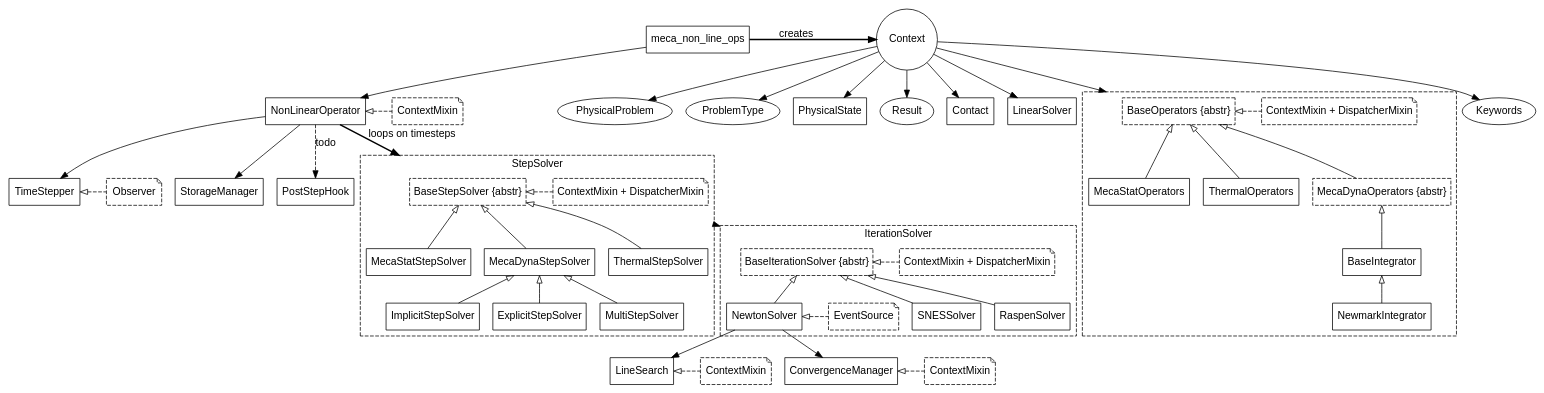
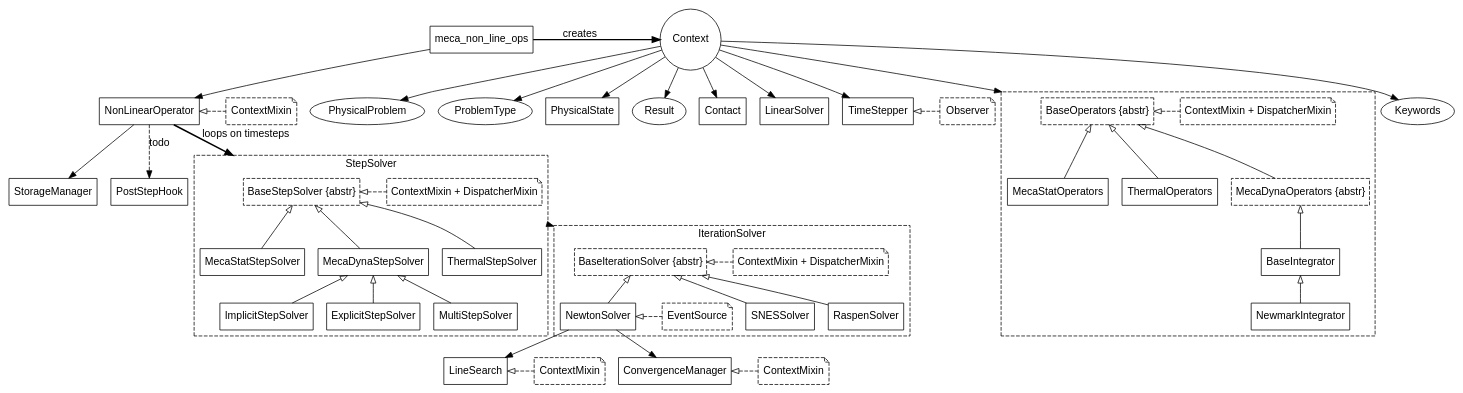
Before and after one commit to Krande/code-aster-copy: the diagram in doc/img/mnl.dot, drawn with Graphviz. The commit also changed 4 other files, not shown here.

Commit message:
[#34400] move time stepper in Context

```diff
--- a/doc/img/mnl.dot
+++ b/doc/img/mnl.dot
@@ -1,160 +1,160 @@
 digraph MNL {
     compound = "true";
     // global+several pointers: circle
     // mixin: note, dashed
     // abstract: ' {abstr}', dashed
     labelloc = "t";
     // rankdir = "LR";
     fontname = "Helvetica,Arial,sans-serif";
     node [fontname = "Helvetica,Arial,sans-serif"; shape = "box";];
     edge [fontname = "Helvetica,Arial,sans-serif";];
     
     subgraph bases {
         keywords [label = "Keywords";shape = "ellipse";];
         problem [label = "PhysicalProblem";shape = "ellipse";];
         type [label = "ProblemType";shape = "ellipse";];
         state [label = "PhysicalState";];
         result [label = "Result";shape = "ellipse";];
         contact [label = "Contact";];
         linsolv [label = "LinearSolver";];
         context [label = "Context";shape = "circle";];
+        timestepper [label = "TimeStepper";];
         
         context -> problem;
         context -> type;
         context -> keywords;
         context -> state;
         context -> result;
+        context -> timestepper;
         context -> operators [lhead = cluster_operators;];
         context -> contact;
         context -> linsolv;
     }
     
     mnl [label = "meca_non_line_ops";];
     subgraph {
         rank = "same";
         nl_operator [label = "NonLinearOperator";];
         mixin_pb [label = "ContextMixin";style = "dashed";shape = "note";];
         nl_operator -> mixin_pb [dir = "back"; style = "dashed"; arrowtail = "empty";];
     }
-    timestepper [label = "TimeStepper";];
     storage [label = "StorageManager";];
     hook [label = "PostStepHook";];
     
     observ [label = "Observer";style = "dashed";shape = "note";];
     
     subgraph cluster_operators {
         subgraph {
             rank = "same";
             operators [label = "BaseOperators {abstr}";style = "dashed";];
             mixin_oper [label = "ContextMixin + DispatcherMixin";style = "dashed";shape = "note";];
             operators -> mixin_oper [dir = "back"; style = "dashed"; arrowtail = "empty";];
         }
         style = "dashed";
         subgraph {
             rank = "same";
             statopers [label = "MecaStatOperators";];
             theropers [label = "ThermalOperators";];
             dynopers [label = "MecaDynaOperators {abstr}";style = "dashed";];
         }
         integr [label = BaseIntegrator;];
         newmark [label = NewmarkIntegrator;];
         
         // subclasses
         operators -> statopers [dir = "back"; arrowtail = "empty";];
         operators -> dynopers [dir = "back"; arrowtail = "empty";];
         operators -> theropers [dir = "back"; arrowtail = "empty";];
         
         dynopers -> integr [dir = "back"; arrowtail = "empty";];
         integr -> newmark [dir = "back"; arrowtail = "empty";];
     }
     
     subgraph cluster_stepsolv {
         label = "StepSolver";
         style = "dashed";
         subgraph {
             rank = "same";
             mecastat [label = "MecaStatStepSolver";];
             mecadyn [label = "MecaDynaStepSolver";];
             ther [label = "ThermalStepSolver";];
         }
         subgraph {
             rank = "same";
             stepsolv [label = "BaseStepSolver {abstr}";style = "dashed";];
             mixin_step [label = "ContextMixin + DispatcherMixin";style = "dashed";shape = "note";];
             stepsolv -> mixin_step [dir = "back"; style = "dashed"; arrowtail = "empty";];
         }
         // subclasses
         stepsolv -> mecastat [dir = "back"; arrowtail = "empty";];
         stepsolv -> mecadyn [dir = "back"; arrowtail = "empty";];
         stepsolv -> ther [dir = "back"; arrowtail = "empty";];
         
         implicit [label = "ImplicitStepSolver";];
         explicit [label = "ExplicitStepSolver";];
         multi [label = "MultiStepSolver";];
         
         // subclasses
         mecadyn -> implicit [dir = "back"; arrowtail = "empty";];
         mecadyn -> explicit [dir = "back"; arrowtail = "empty";];
         mecadyn -> multi [dir = "back"; arrowtail = "empty";];
     }
     
     subgraph cluster_iter_solv {
         label = IterationSolver;
         style = "dashed";
         subgraph {
             rank = "same";
             iter_solver [label = "BaseIterationSolver {abstr}";style = "dashed";];
             mixin_iter [label = "ContextMixin + DispatcherMixin";style = "dashed";shape = "note";];
             iter_solver -> mixin_iter [dir = "back"; style = "dashed"; arrowtail = "empty";];
         }
         // [style = invis]
         subgraph {
             rank = "same";
             newton [label = "NewtonSolver";];
             event [label = "EventSource";style = "dashed";shape = "note";];
             newton -> event [dir = "back"; style = "dashed"; arrowtail = "empty";];
         }
         snes [label = "SNESSolver";];
         raspen [label = "RaspenSolver";];
         
         iter_solver -> newton [dir = "back"; arrowtail = "empty";];
         iter_solver -> snes [dir = "back"; arrowtail = "empty";];
         iter_solver -> raspen [dir = "back"; arrowtail = "empty";];
     }
     
     mnl -> nl_operator;
     subgraph {
         rank = "same";
         mnl -> context [xlabel = "creates"; style = "bold";];
     }
-    nl_operator -> timestepper;
     nl_operator -> storage;
     nl_operator -> stepsolv [xlabel = "loops on timesteps"; lhead = cluster_stepsolv; style = "bold";];
     nl_operator -> hook [label = "todo"; style = "dashed";];
     
     stepsolv -> iter_solver [ltail = cluster_stepsolv; lhead = cluster_iter_solv;];
     
     newton -> linesearch;
     newton -> conv_manager;
     
     subgraph {
         rank = "same";
         linesearch [label = "LineSearch";];
         mixin_line [label = "ContextMixin";style = "dashed";shape = "note";];
         linesearch -> mixin_line [dir = "back"; style = "dashed"; arrowtail = "empty";];
     }
     
     subgraph {
         rank = "same";
         conv_manager [label = "ConvergenceManager";];
         mixin_conv [label = "ContextMixin";style = "dashed";shape = "note";];
         conv_manager -> mixin_conv [dir = "back"; style = "dashed"; arrowtail = "empty";];
     }
     
     subgraph {
         rank = "same";
         timestepper -> observ [dir = "back"; style = "dashed"; arrowtail = "empty";];
     }
     // placement
     // timestepper -> stepsolv [style = "invis";];
 }
```
